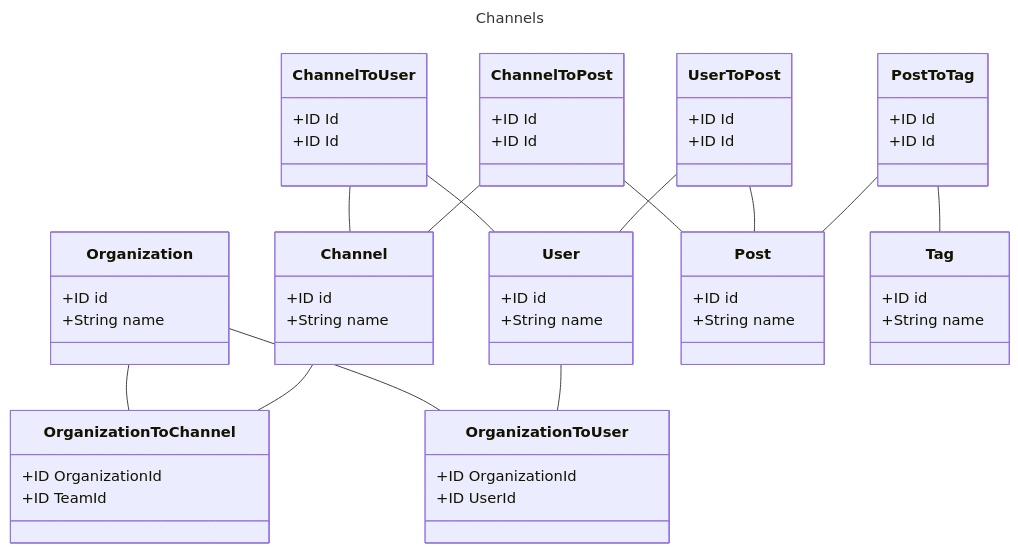
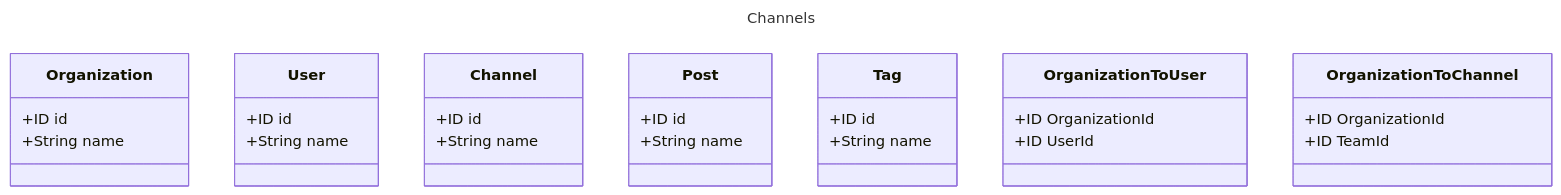
The diagram in db/schema.mermaid (weareprobably/ui), drawn with Mermaid before and after one commit. The commit also changed other lines of this file and 10 other files, not shown here.

Commit message:
updated schema with relationships

```diff
--- a/db/schema.mermaid
+++ b/db/schema.mermaid
@@ -1,74 +1,74 @@
 ---
 title: Channels 
 ---
 %% Paste into https://mermaid.live/edit to visualize
 classDiagram
 direction TB
     class Organization {
 	    +ID id
 	    +String name
     }
 
    class User {
 	    +ID id
 	    +String name
     }
 
     class Channel {
 	    +ID id
 	    +String name
     }
 
     class Post {
 	    +ID id
 	    +String name
     }
 
     class Tag {
 	    +ID id
 	    +String name
     }
 
     class OrganizationToUser {
 	    +ID OrganizationId
 	    +ID UserId
     }
 
     class OrganizationToChannel {
 	    +ID OrganizationId
 	    +ID TeamId
     }
 
-    class ChannelToUser {
+    `class ChannelToUser {
 	    +ID Id
 	    +ID Id
     }
 
     class ChannelToPost {
 	    +ID Id
 	    +ID Id
     }
 
     class UserToPost {
 	    +ID Id
 	    +ID Id
     }
 
     class PostToTag {
 	    +ID Id
 	    +ID Id
     }
 
 
     Organization -- OrganizationToUser
     User -- OrganizationToUser
     Organization -- OrganizationToChannel
     Channel -- OrganizationToChannel
     ChannelToUser -- Channel
     ChannelToUser -- User
     ChannelToPost -- Channel
     ChannelToPost -- Post
     UserToPost -- User
     UserToPost -- Post
     PostToTag -- Tag
     PostToTag -- Post
```
